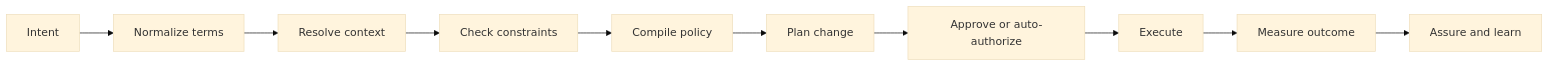
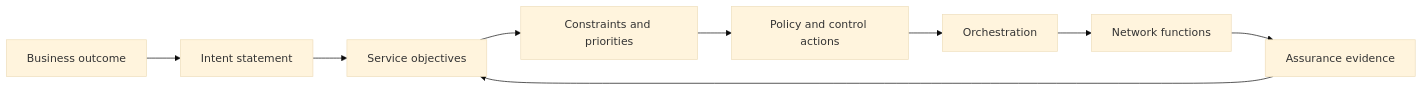
The diagram in docs/networks/autonomy/intent-and-assurance.md (aiagent007700/AI-Atlas), drawn with Mermaid (base theme) before and after one commit. The commit also changed other lines of this file and 13 other files, not shown here.

````diff
--- a/docs/networks/autonomy/intent-and-assurance.md
+++ b/docs/networks/autonomy/intent-and-assurance.md
@@ -28,12 +27,11 @@
 ```mermaid
 flowchart LR
-    I[Intent] --> N[Normalize terms]
-    N --> C[Resolve context]
-    C --> K[Check constraints]
-    K --> P[Compile policy]
-    P --> W[Plan change]
-    W --> A[Approve or auto-authorize]
-    A --> X[Execute]
-    X --> Q[Measure outcome]
-    Q --> J[Assure and learn]
+    B[Business outcome] --> I[Intent statement]
+    I --> S[Service objectives]
+    S --> C[Constraints and priorities]
+    C --> P[Policy and control actions]
+    P --> O[Orchestration]
+    O --> N[Network functions]
+    N --> A[Assurance evidence]
+    A --> S
 ```
````
